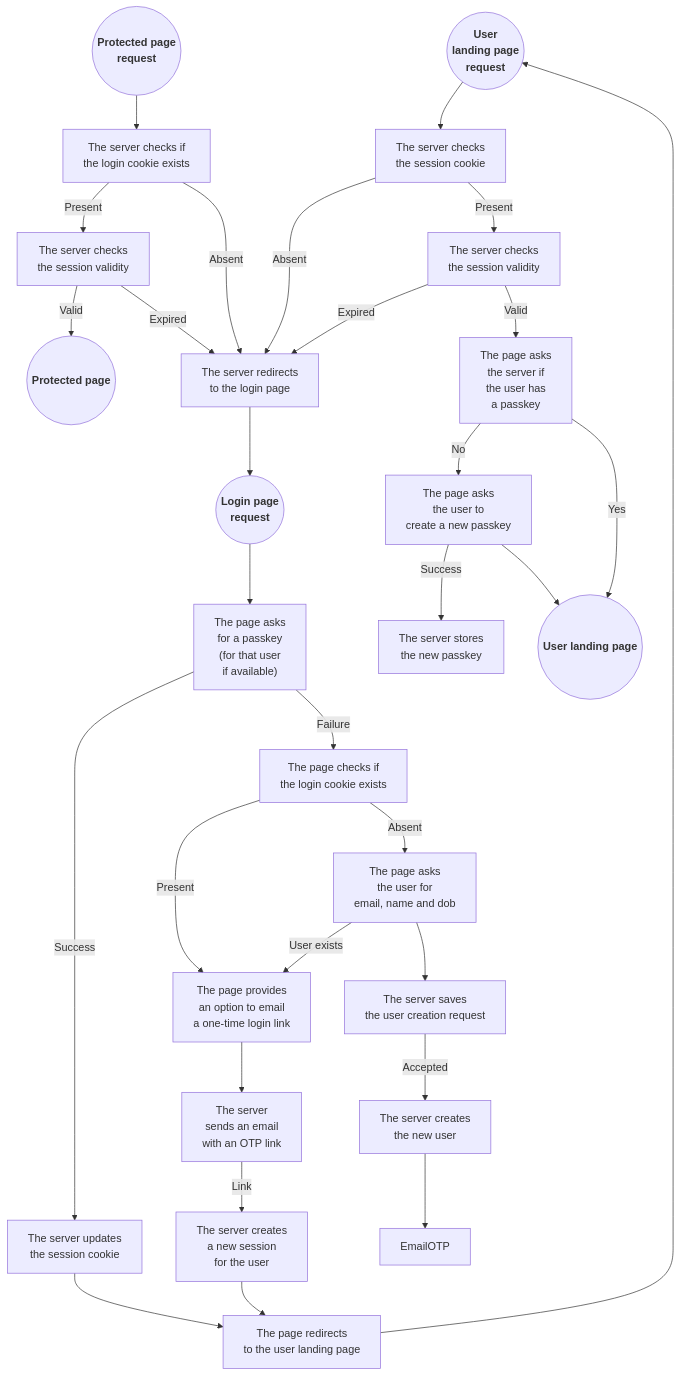
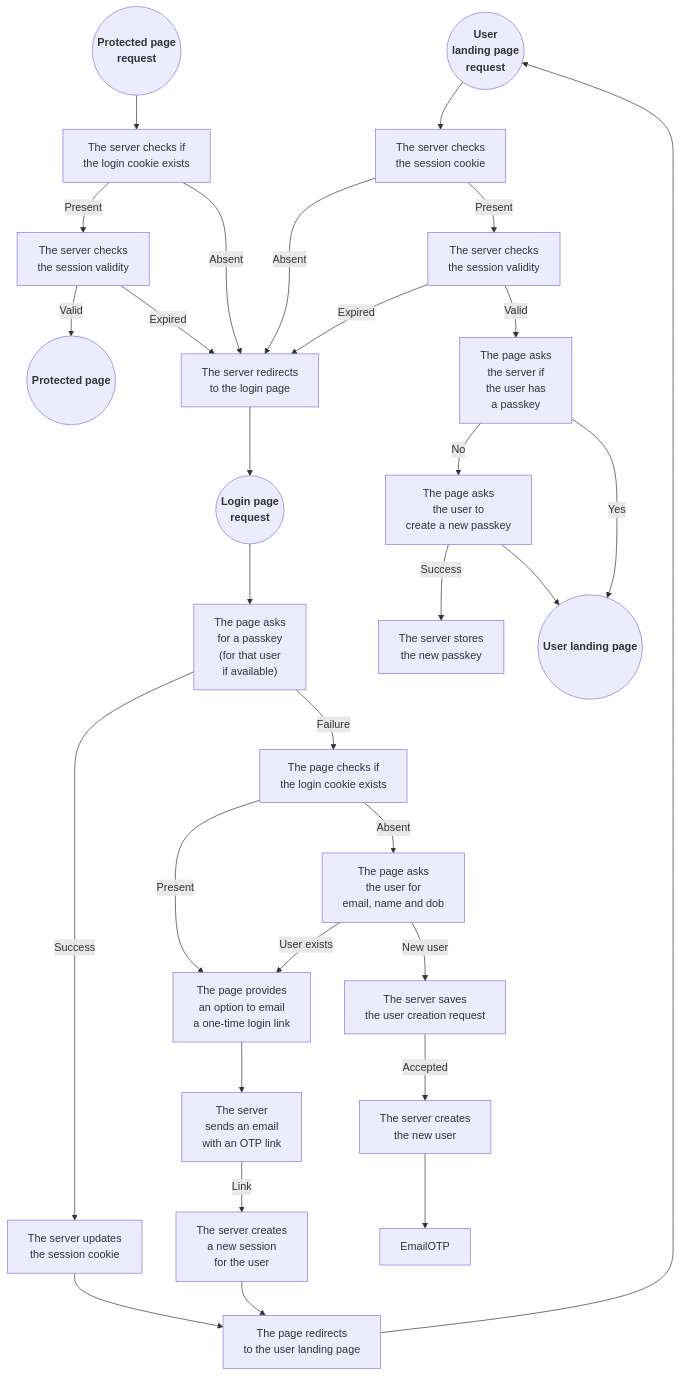
One commit to programingjd/tiered_server changed the diagram in README.md. Above: the diagram before and after it, drawn with Mermaid.

````diff
--- a/README.md
+++ b/README.md
@@ -148,39 +148,39 @@
 ```mermaid
 graph TD;
   UserLandingPageRequest(("<b>User<br>landing page<br>request</b>"))
   ProtectedPageRequest(("<b>Protected page<br>request</b>"))
   LoginPageRequest(("<b>Login page<br>request</b>"))
   
   ProtectedPageRequest-->QueryCookie1["The server checks if<br>the login cookie exists"]
   QueryCookie1-->|Present|CheckSessionValidity1["The server checks<br>the session validity"]
   QueryCookie1-->|Absent|LoginPageRedirect["The server redirects<br>to the login page"]
   CheckSessionValidity1-->|Valid|ProtectedPageResponse(("<b>Protected page<b>"))
   CheckSessionValidity1-->|Expired|LoginPageRedirect
 
   UserLandingPageRequest-->QueryCookie2["The server checks<br>the session cookie"]
   QueryCookie2-->|Absent|LoginPageRedirect
   QueryCookie2-->|Present|CheckSessionValidity2["The server checks<br>the session validity"]
   CheckSessionValidity2-->|Expired|LoginPageRedirect
   CheckSessionValidity2-->|Valid|QueryExistingPasskey2["The page asks<br>the server if<br>the user has<br>a passkey"]
   QueryExistingPasskey2-->|No|NewPasskeyPrompt["The page asks<br>the user to<br>create a new passkey"]
   QueryExistingPasskey2-->|Yes|UserLandingPageResponse(("<b>User landing page<b>"))
   NewPasskeyPrompt-->|Success|NewPasskeyStore["The server stores<br>the new passkey"]
   NewPasskeyPrompt-->UserLandingPageResponse
 
   LoginPageRequest-->QueryPasskey["The page asks<br>for a passkey<br>(for that user<br>if available)"]
   QueryPasskey-->|Success|SessionCookieUpdate["The server updates<br>the session cookie"]
   SessionCookieUpdate-->UserLandingPageRedirect["The page redirects<br>to the user landing page"]
   QueryPasskey-->|Failure|QueryCookie3["The page checks if<br>the login cookie exists"]
   QueryCookie3-->|Present|OtpPrompt["The page provides<br>an option to email<br>a one-time login link"]
   QueryCookie3-->|Absent|UserForm["The page asks<br>the user for<br>email, name and dob"]
   UserForm-->|User exists|OtpPrompt
   OtpPrompt-->EmailOtp["The server<br>sends an email<br>with an OTP link"]
   EmailOtp-->|Link|NewSession["The server creates<br>a new session<br>for the user"]
   NewSession-->UserLandingPageRedirect
-  UserForm-->UserModeration["The server saves<br>the user creation request"]
+  UserForm-->|New user|UserModeration["The server saves<br>the user creation request"]
   UserModeration-->|Accepted|UserCreation["The server creates<br>the new user"]
   UserCreation-->EmailOTP
   
   UserLandingPageRedirect-->UserLandingPageRequest
   LoginPageRedirect-->LoginPageRequest
 ```
````
